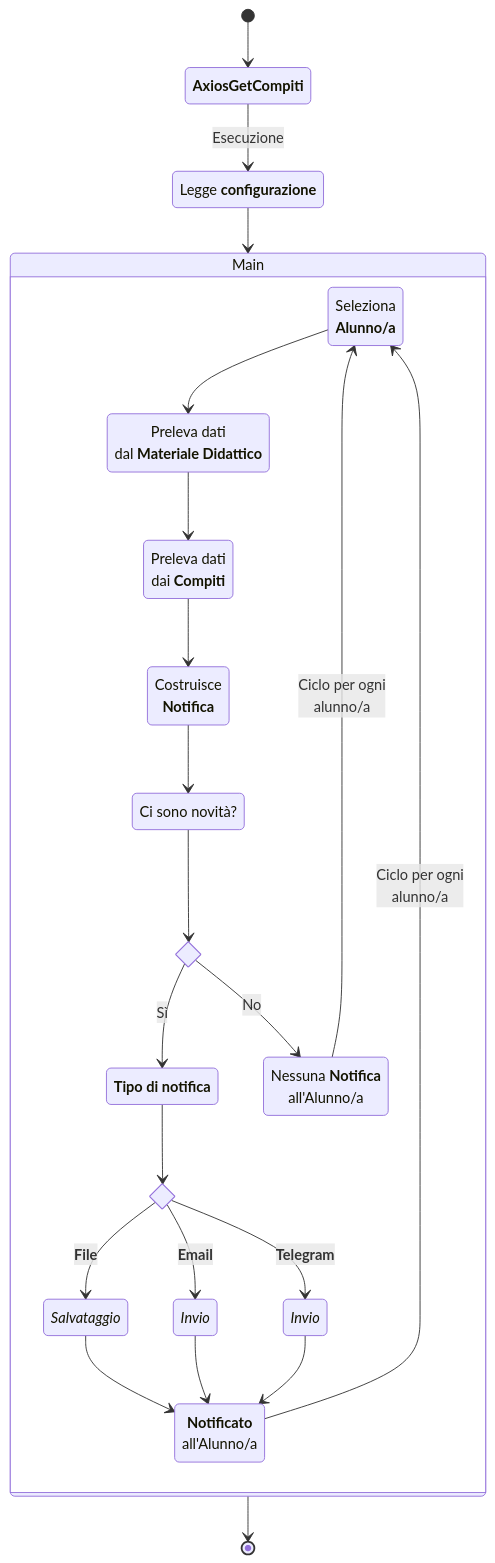
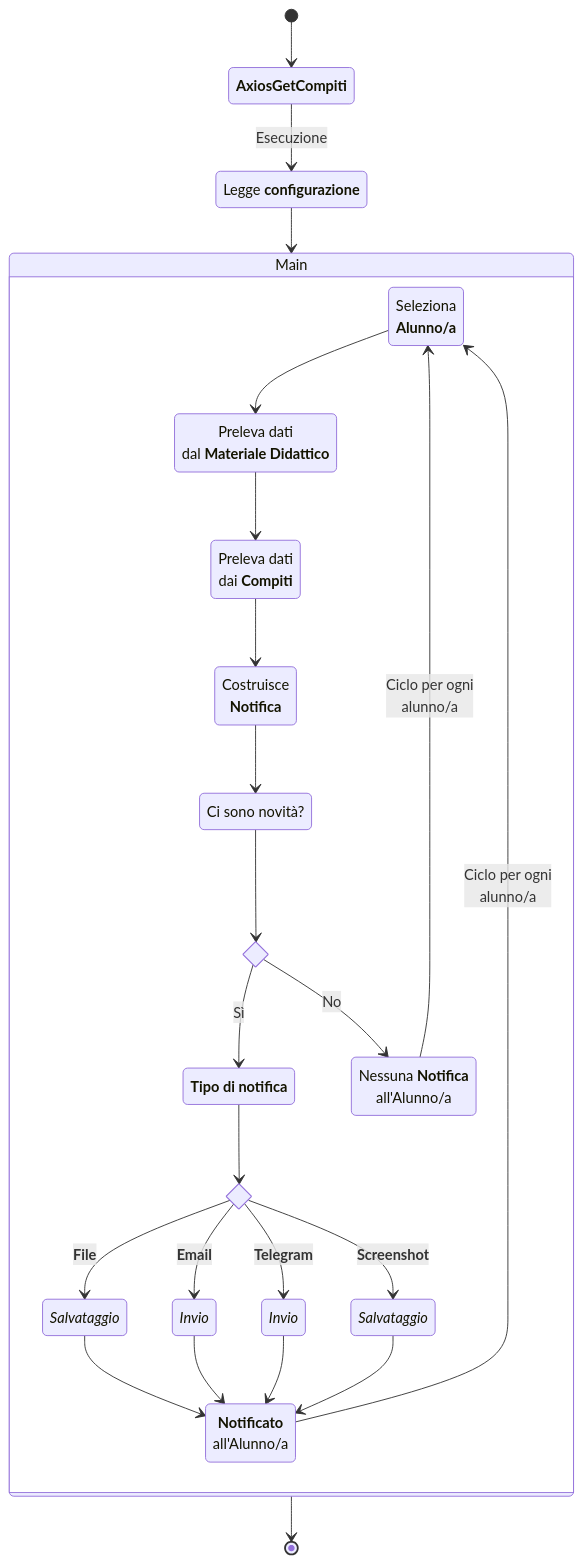
Before and after one commit to robyquin/axios-get: the first of 2 diagrams in docs/AxiosGet_funzionamento.md, drawn with Mermaid. The commit also changed 1 other file, not shown here.

Commit message:
fix: documentazione per notifica screenshot

````diff
--- a/docs/AxiosGet_funzionamento.md
+++ b/docs/AxiosGet_funzionamento.md
@@ -25,45 +25,48 @@
 ```mermaid
 stateDiagram
     MR: Main
     C: Legge <b>configurazione</b>
     AGC: <b>AxiosGetCompiti</b>
     SAlunno: Seleziona<br><b>Alunno/a</b>
     GMD: Preleva dati<br>dal <b>Materiale Didattico</b>
     GRF: Preleva dati<br>dai <b>Compiti</b>
     Nfile: <i>Salvataggio</i>
+    Nscreenshot: <i>Salvataggio</i>
     Nemail: <i>Invio</i>
     Ntelegram: <i>Invio</i>
     BNotifica: Costruisce<br><b>Notifica</b>
     Notificato: <b>Notificato</b><br>all'Alunno/a
     NessunaNotifica: Nessuna <b>Notifica</b><br>all'Alunno/a
     News: Ci sono novità?
     TypeNotify: <b>Tipo di notifica</b>
     state if_state_notifica <<choice>>
     state if_news <<choice>>
 
     [*] --> AGC
     AGC --> C : Esecuzione
     C --> MR
     state MR {
         SAlunno --> GMD
         GMD --> GRF
         GRF --> BNotifica
         BNotifica --> News
         News --> if_news
         if_news --> TypeNotify : Sì
         if_news --> NessunaNotifica : No
         TypeNotify --> if_state_notifica
         if_state_notifica --> Nfile : <b>File</b>
         if_state_notifica --> Nemail : <b>Email</b>
         if_state_notifica --> Ntelegram : <b>Telegram</b>
+        if_state_notifica --> Nscreenshot : <b>Screenshot</b>
 
         Nfile --> Notificato
         Nemail --> Notificato
         Ntelegram --> Notificato
+        Nscreenshot --> Notificato
 
         Notificato --> SAlunno : Ciclo per ogni<br>alunno/a
         NessunaNotifica --> SAlunno : Ciclo per ogni<br>alunno/a
     }
     MR --> [*]
     
 ```
````
